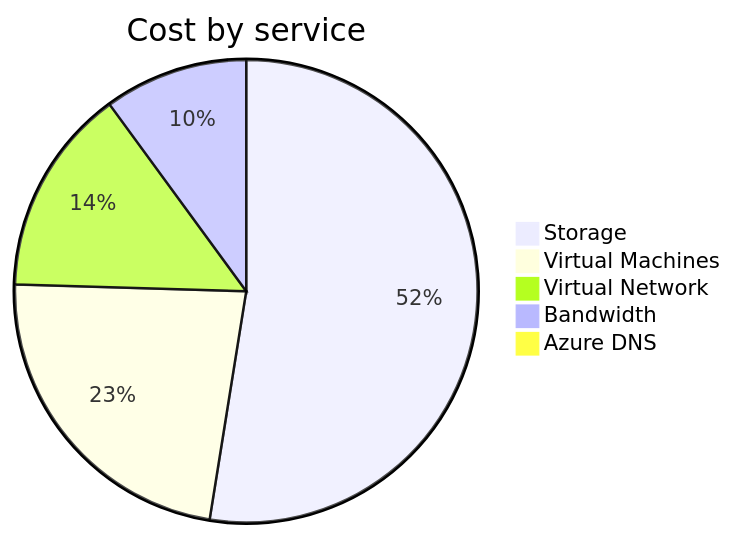
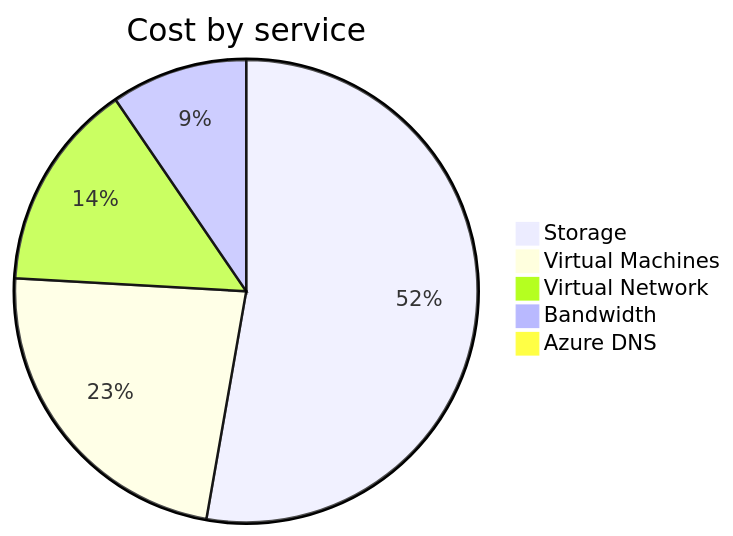
The second of 4 diagrams in cost-reports/personal-network/README.md (jpfulton/azure-personal-reports), drawn with Mermaid before and after one commit. The commit also changed other lines of this file and 8 other files, not shown here.

````diff
--- a/cost-reports/personal-network/README.md
+++ b/cost-reports/personal-network/README.md
@@ -71,9 +97,9 @@
 ```mermaid
 pie
    title Cost by service
-   "Storage" : 13.90
-   "Virtual Machines" : 6.07
-   "Virtual Network" : 3.83
+   "Storage" : 14.73
+   "Virtual Machines" : 6.46
+   "Virtual Network" : 4.07
    "Bandwidth" : 2.66
-   "Azure DNS" : 0.26
+   "Azure DNS" : 0.27
 ```
````
